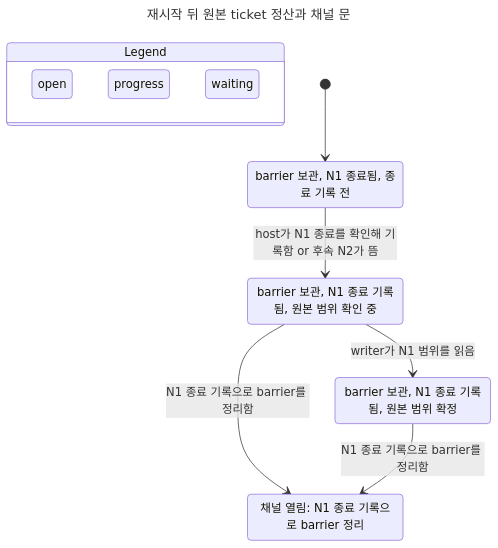
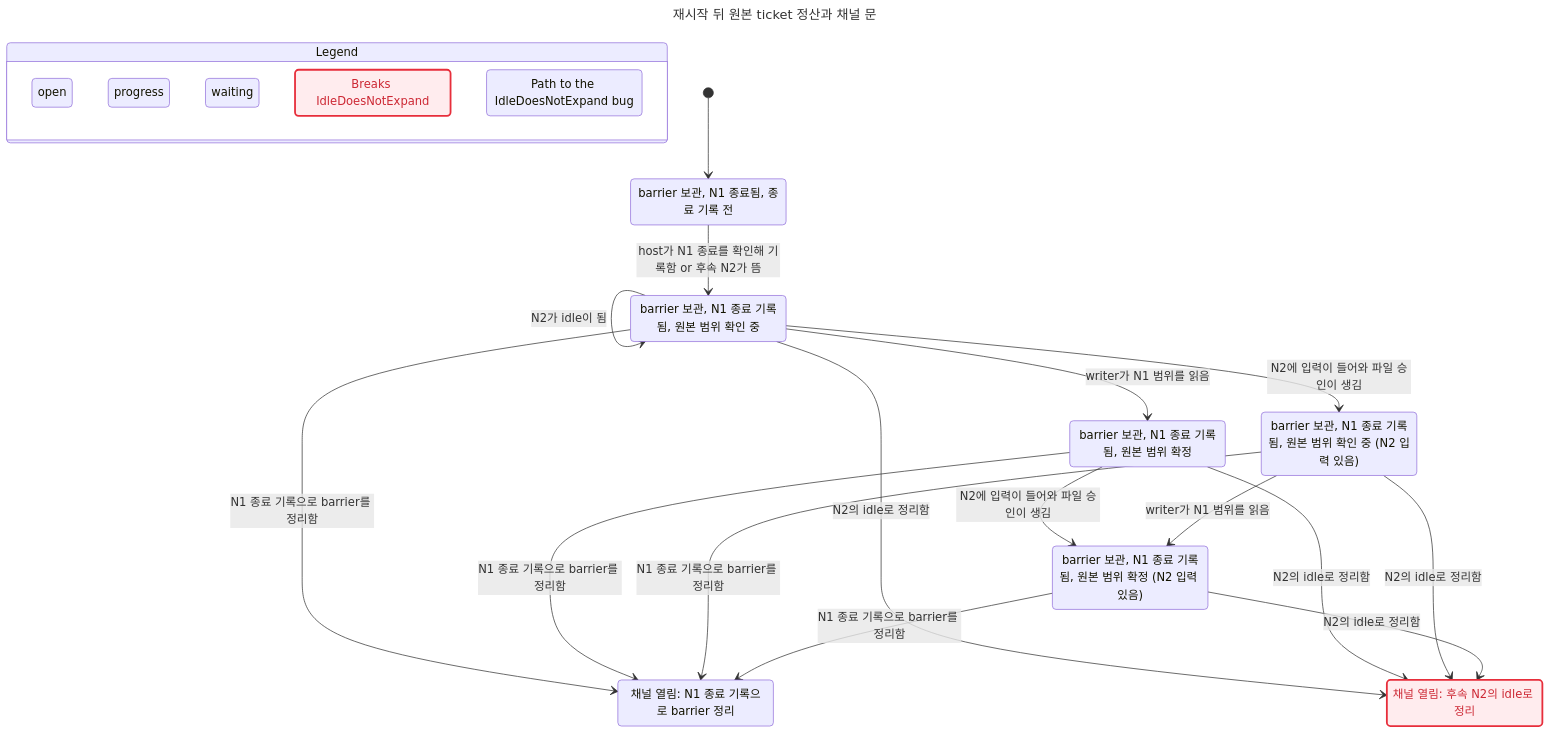
The diagram in docs/statecharts/tui-o-writer/hook-transcript-custody-barrier-after.chart.mmd (itismyfield/AgentDesk), drawn with Mermaid before and after one commit. The commit also changed 72 other files, not shown here.

```diff
--- a/docs/statecharts/tui-o-writer/hook-transcript-custody-barrier-after.chart.mmd
+++ b/docs/statecharts/tui-o-writer/hook-transcript-custody-barrier-after.chart.mmd
@@ -1,25 +1,50 @@
 ---
 title: "재시작 뒤 원본 ticket 정산과 채널 문"
 ---
 stateDiagram-v2
   state "Legend" as legend {
     lg0: open
     lg1: progress
     lg2: waiting
+    lg3: Breaks IdleDoesNotExpand
+    lg4: Path to the IdleDoesNotExpand bug
   }
   class lg0 teal
   class lg1 blue
   class lg2 yellow
+  class lg3 breaks
+  class lg4 bugPath
   s0: barrier 보관, N1 종료됨, 종료 기록 전
   s1: barrier 보관, N1 종료 기록됨, 원본 범위 확인 중
   s2: 채널 열림: N1 종료 기록으로 barrier 정리
   s3: barrier 보관, N1 종료 기록됨, 원본 범위 확정
+  s4: barrier 보관, N1 종료 기록됨, 원본 범위 확인 중 (N2 입력 있음)
+  s5: 채널 열림: 후속 N2의 idle로 정리
+  s6: barrier 보관, N1 종료 기록됨, 원본 범위 확정 (N2 입력 있음)
   [*] --> s0
   s0 --> s1: host가 N1 종료를 확인해 기록함 or 후속 N2가 뜸
   s1 --> s2: N1 종료 기록으로 barrier를 정리함
   s1 --> s3: writer가 N1 범위를 읽음
+  s1 --> s1: N2가 idle이 됨
+  s1 --> s4: N2에 입력이 들어와 파일 승인이 생김
   s3 --> s2: N1 종료 기록으로 barrier를 정리함
+  s1 --> s5: N2의 idle로 정리함
+  s3 --> s6: N2에 입력이 들어와 파일 승인이 생김
+  s4 --> s2: N1 종료 기록으로 barrier를 정리함
+  s4 --> s6: writer가 N1 범위를 읽음
+  s3 --> s5: N2의 idle로 정리함
+  s4 --> s5: N2의 idle로 정리함
+  s6 --> s2: N1 종료 기록으로 barrier를 정리함
+  s6 --> s5: N2의 idle로 정리함
+  classDef breaks fill:#ffecee,stroke:#e72e3b,stroke-width:2.5px,color:#cd2834
   class s0 yellow
+  class s0 bugPath
   class s1 blue
+  class s1 bugPath
   class s2 teal
   class s3 blue
+  class s4 blue
+  class s5 teal
+  class s5 breaks
+  class s5 bugPath
+  class s6 blue
```
